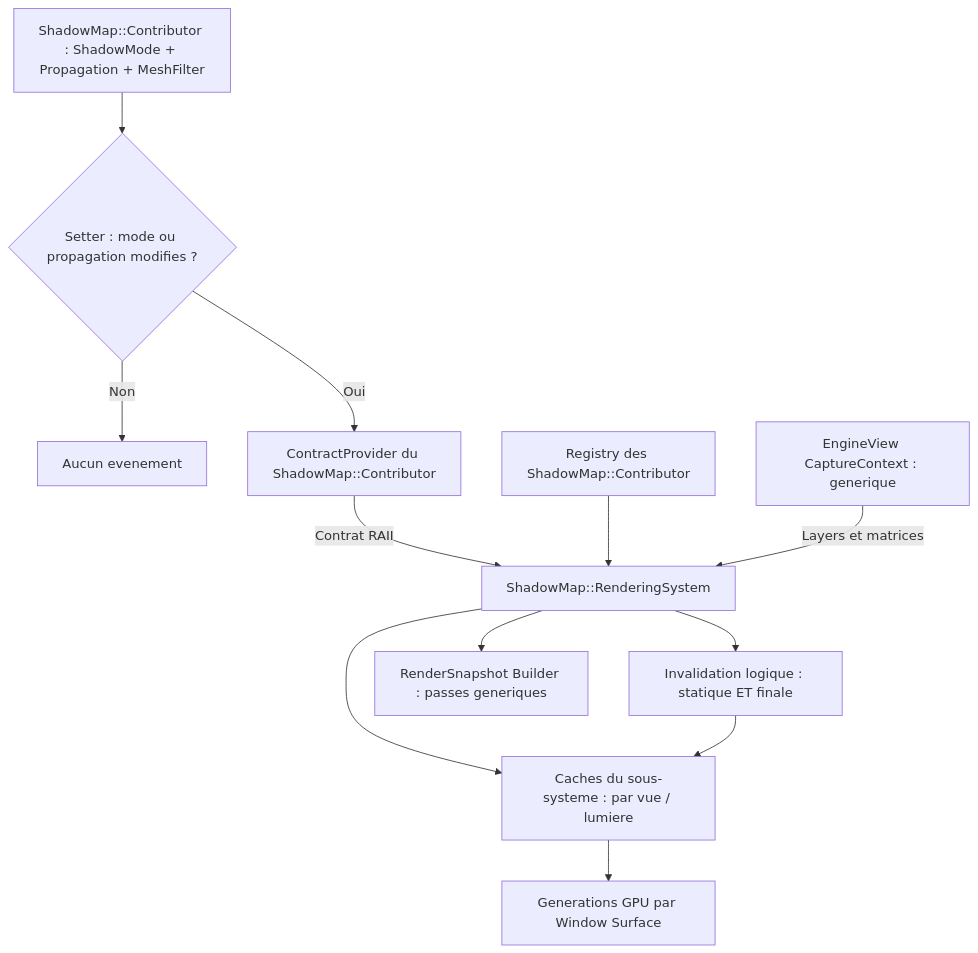
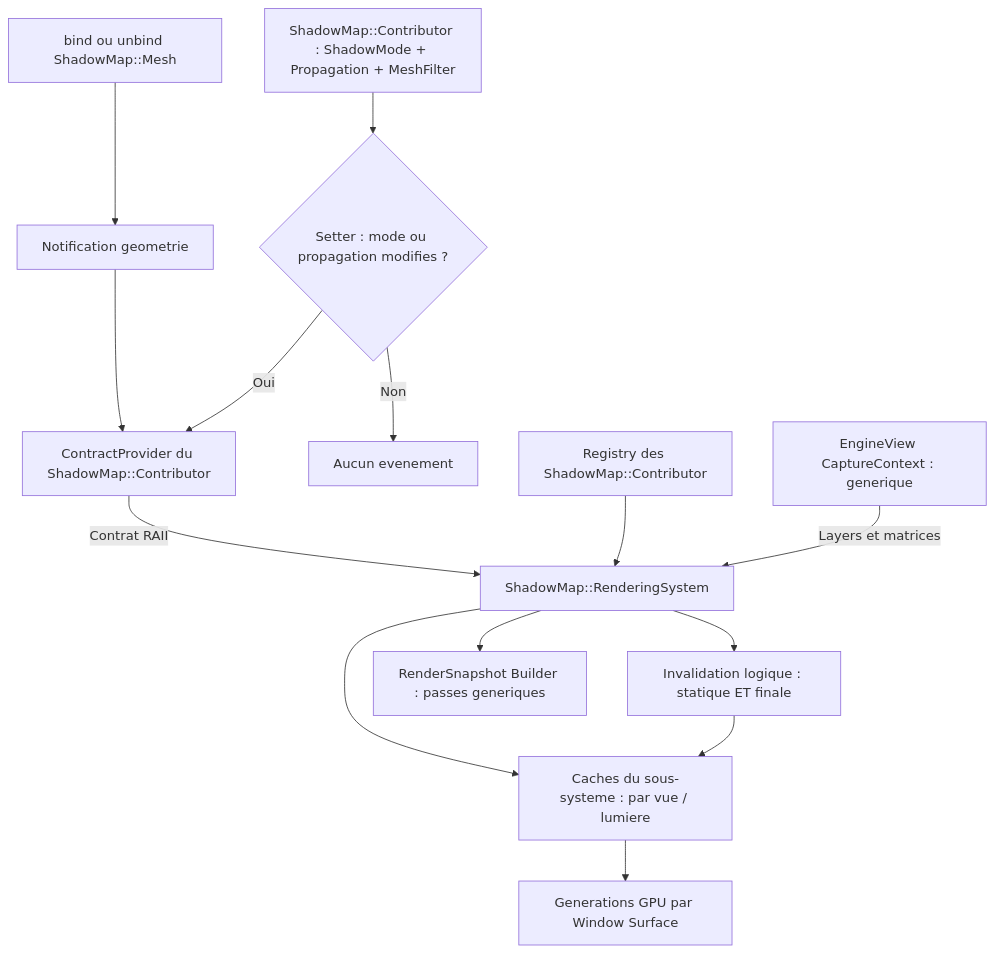
One commit to EreliaStudio/Sparkle changed diagram 14 of 22 in docs/voxel-engine-v0.1.4-specification.md. Above: the diagram before and after it, drawn with Mermaid. The commit also changed other lines of this file, not shown here.

Commit message:
docs(v0.1.4): specify A1 mesh factory, invalidation, tests and diagrams

````diff
--- a/docs/voxel-engine-v0.1.4-specification.md
+++ b/docs/voxel-engine-v0.1.4-specification.md
@@ -1143,14 +1150,16 @@
 ```mermaid
 flowchart TD
   Source["ShadowMap::Contributor : ShadowMode + Propagation + MeshFilter"] --> Change{"Setter : mode ou propagation modifies ?"}
+  Bind["bind ou unbind ShadowMap::Mesh"] --> Geom["Notification geometrie"]
+  Geom --> Provider
   Change -->|"Non"| Nothing["Aucun evenement"]
   Change -->|"Oui"| Provider["ContractProvider du ShadowMap::Contributor"]
   Provider -->|"Contrat RAII"| S["ShadowMap::RenderingSystem"]
   S --> Cache["Invalidation logique : statique ET finale"]
   Registry["Registry des ShadowMap::Contributor"] --> S
   S --> PerView["Caches du sous-systeme : par vue / lumiere"]
   PerView --> Surface["Generations GPU par Window Surface"]
   Cache --> PerView
   Context["EngineView CaptureContext : generique"] -->|"Layers et matrices"| S
   S --> Builder["RenderSnapshot Builder : passes generiques"]
 ```
````
